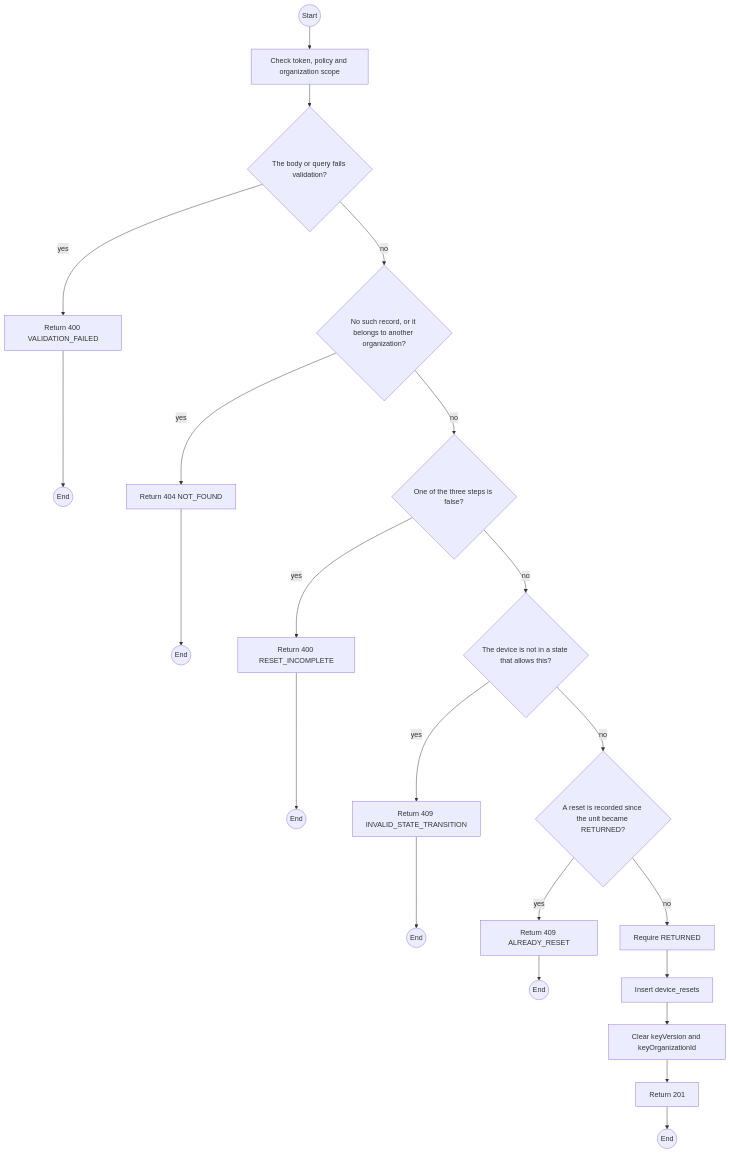
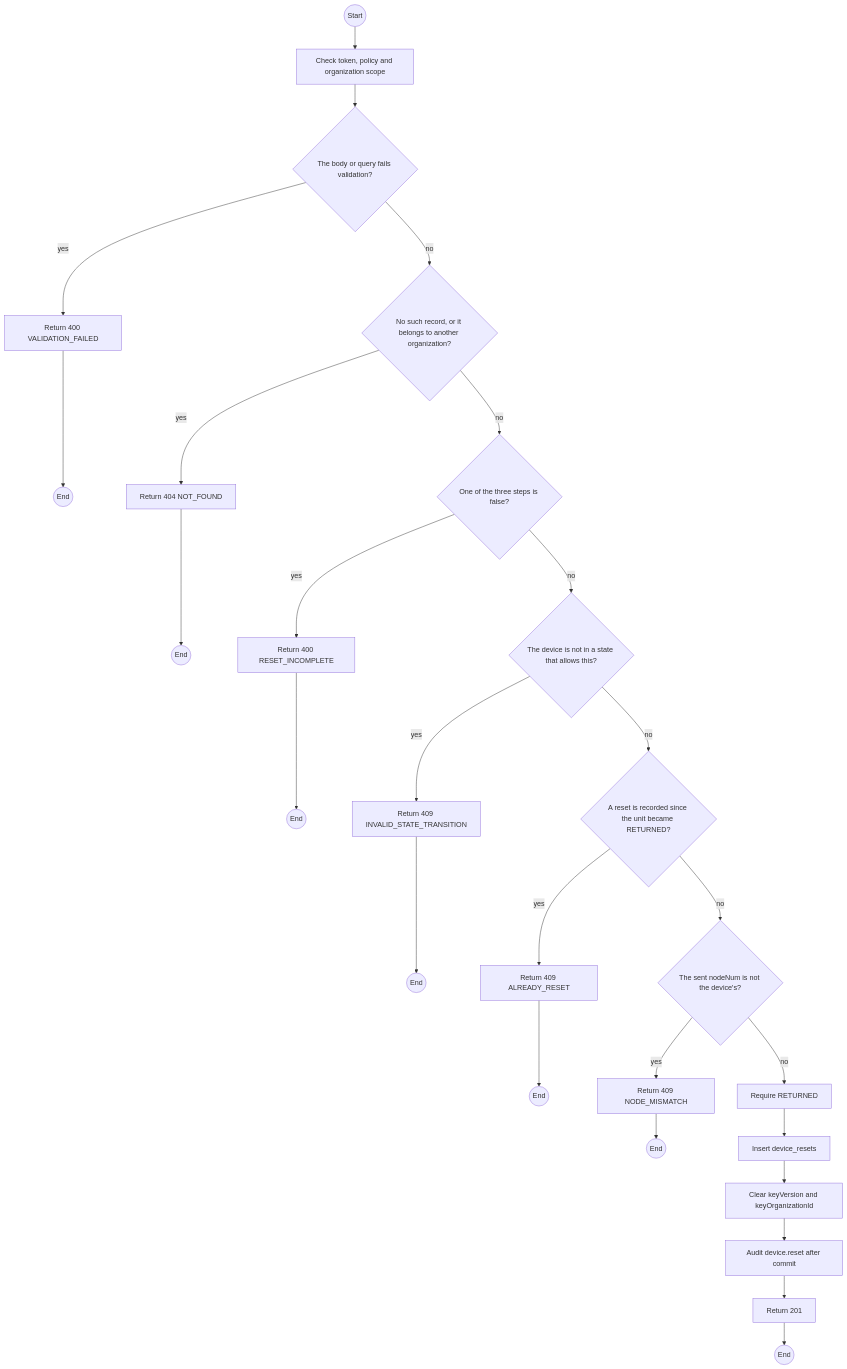
The first of 2 diagrams in specs/devices/api-design/10-post-devices-id-reset.md (TrekLink-Team/treklink-web), drawn with Mermaid before and after one commit. The commit also changed other lines of this file and 7 other files, not shown here.

First line of the commit message:
docs: specify the device hub page with reboot and factory reset

````diff
--- a/specs/devices/api-design/10-post-devices-id-reset.md
+++ b/specs/devices/api-design/10-post-devices-id-reset.md
@@ -219,40 +238,47 @@
 ```mermaid
 flowchart TB
     S((Start))
     A0["Check token, policy and organization scope"]
     S --> A0
     D1{"The body or query fails validation?"}
     A0 --> D1
     E1["Return 400 VALIDATION_FAILED"]
     D1 -->|yes| E1
     E1 --> X1((End))
     D2{"No such record, or it belongs to another organization?"}
     D1 -->|no| D2
     E2["Return 404 NOT_FOUND"]
     D2 -->|yes| E2
     E2 --> X2((End))
     D3{"One of the three steps is false?"}
     D2 -->|no| D3
     E3["Return 400 RESET_INCOMPLETE"]
     D3 -->|yes| E3
     E3 --> X3((End))
     D4{"The device is not in a state that allows this?"}
     D3 -->|no| D4
     E4["Return 409 INVALID_STATE_TRANSITION"]
     D4 -->|yes| E4
     E4 --> X4((End))
     D5{"A reset is recorded since the unit became RETURNED?"}
     D4 -->|no| D5
     E5["Return 409 ALREADY_RESET"]
     D5 -->|yes| E5
     E5 --> X5((End))
+    D6{"The sent nodeNum is not the device's?"}
+    D5 -->|no| D6
+    E6["Return 409 NODE_MISMATCH"]
+    D6 -->|yes| E6
+    E6 --> X6((End))
     P0["Require RETURNED"]
-    D5 -->|no| P0
+    D6 -->|no| P0
     P1["Insert device_resets"]
     P0 --> P1
     P2["Clear keyVersion and keyOrganizationId"]
     P1 --> P2
+    P3["Audit device.reset after commit"]
+    P2 --> P3
     OK["Return 201"]
-    P2 --> OK
+    P3 --> OK
     OK --> Z((End))
 ```
````
